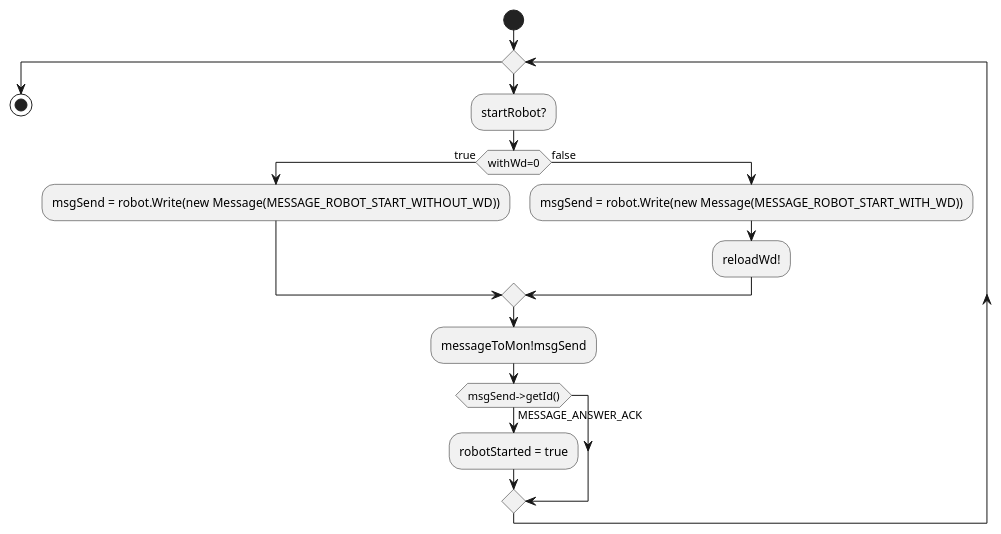
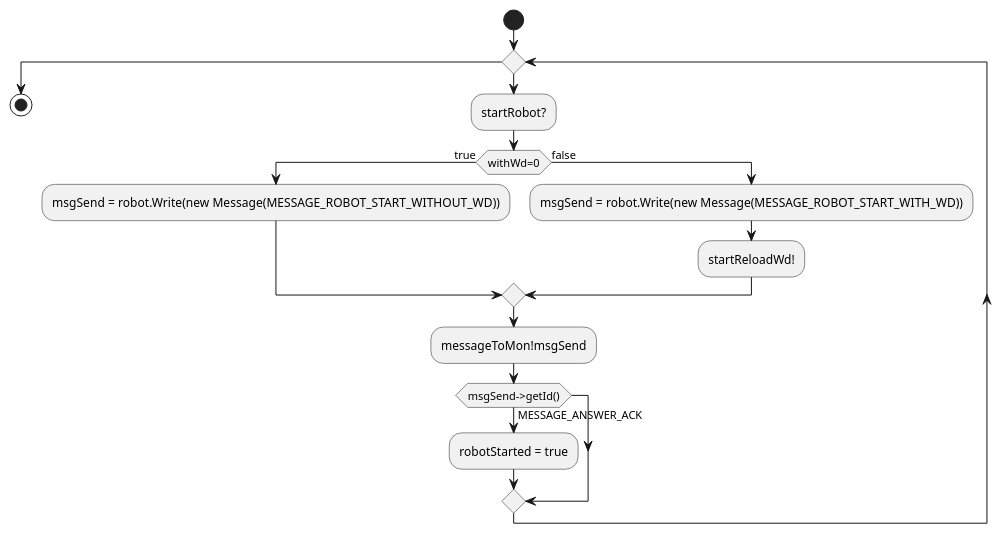
Before and after one commit to dotsumae/TP-temps-reel: the diagram in modele/diagrammes d'activite/th_openStartRobot.plantuml, drawn with PlantUML.

```diff
--- a/modele/diagrammes d'activite/th_openStartRobot.plantuml
+++ b/modele/diagrammes d'activite/th_openStartRobot.plantuml
@@ -1,18 +1,18 @@
 @startuml
 skinparam monochrome true
 start
 while()
  :startRobot?;
  if (withWd=0) then (true) 
   :msgSend = robot.Write(new Message(MESSAGE_ROBOT_START_WITHOUT_WD));
  else (false)
   :msgSend = robot.Write(new Message(MESSAGE_ROBOT_START_WITH_WD));
-  :reloadWd!;
+  :startReloadWd!;
  endif 
  :messageToMon!msgSend;
  if (msgSend->getId()) then (MESSAGE_ANSWER_ACK)
   :robotStarted = true;
  endif
 endwhile
 stop
 @enduml
```
